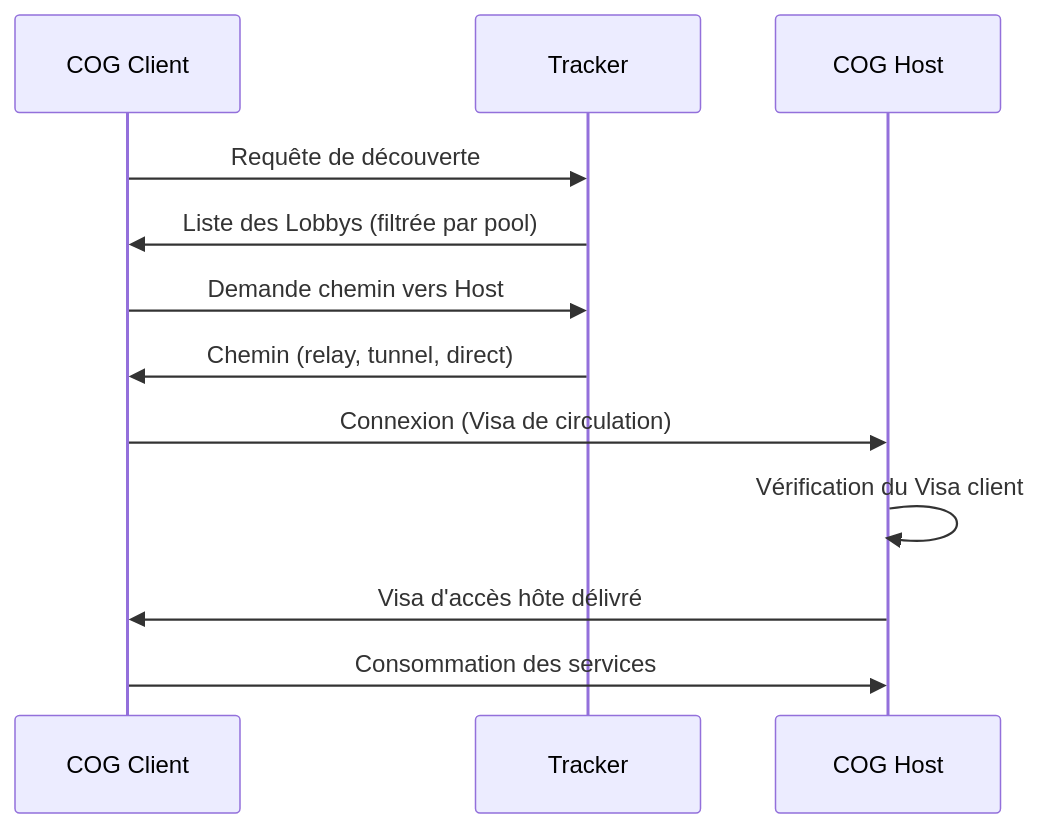
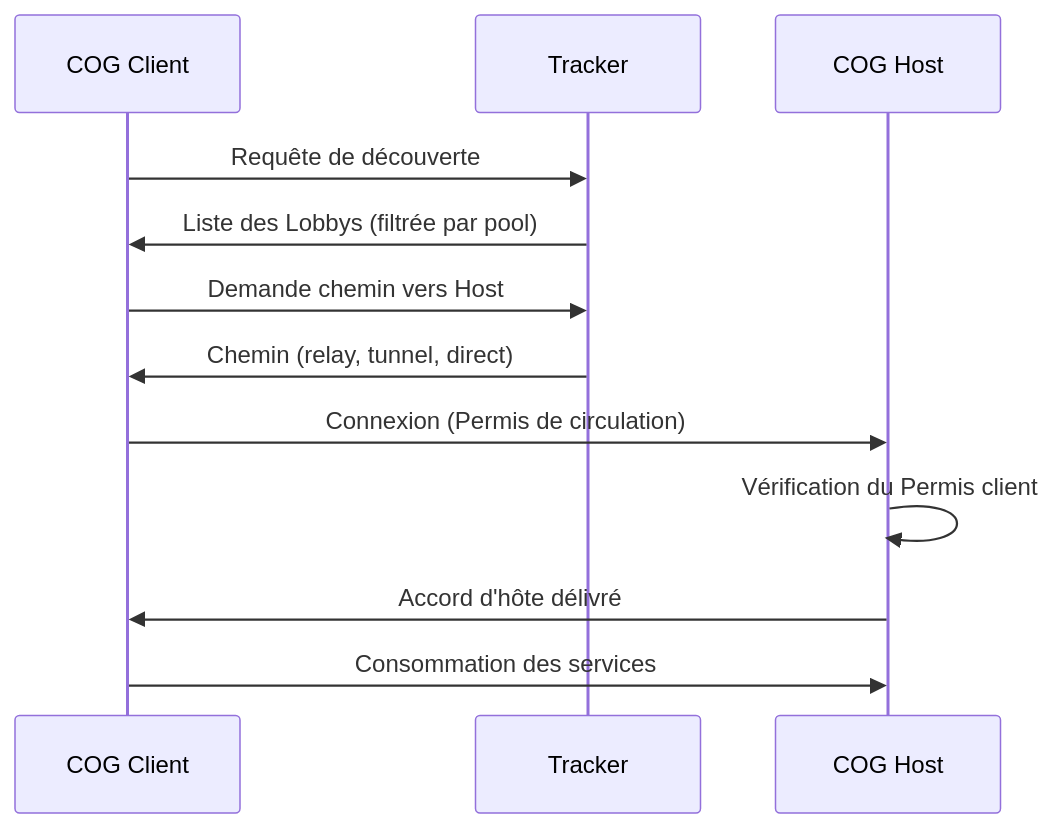
Before and after one commit to StudioMiyukini/miyukini_cog: the fourth of 4 diagrams in docs/miyukini-webway-system/acteurs/MWS - Trackers.md, drawn with Mermaid. The commit also changed other lines of this file and 17 other files, not shown here.

````diff
--- a/docs/miyukini-webway-system/acteurs/MWS - Trackers.md
+++ b/docs/miyukini-webway-system/acteurs/MWS - Trackers.md
@@ -243,15 +246,15 @@
 ```mermaid
 sequenceDiagram
     participant Client as COG Client
     participant T as Tracker
     participant Host as COG Host
 
     Client->>T: Requête de découverte
     T->>Client: Liste des Lobbys (filtrée par pool)
     Client->>T: Demande chemin vers Host
     T->>Client: Chemin (relay, tunnel, direct)
-    Client->>Host: Connexion (Visa de circulation)
-    Host->>Host: Vérification du Visa client
-    Host->>Client: Visa d'accès hôte délivré
+    Client->>Host: Connexion (Permis de circulation)
+    Host->>Host: Vérification du Permis client
+    Host->>Client: Accord d'hôte délivré
     Client->>Host: Consommation des services
 ```
````
